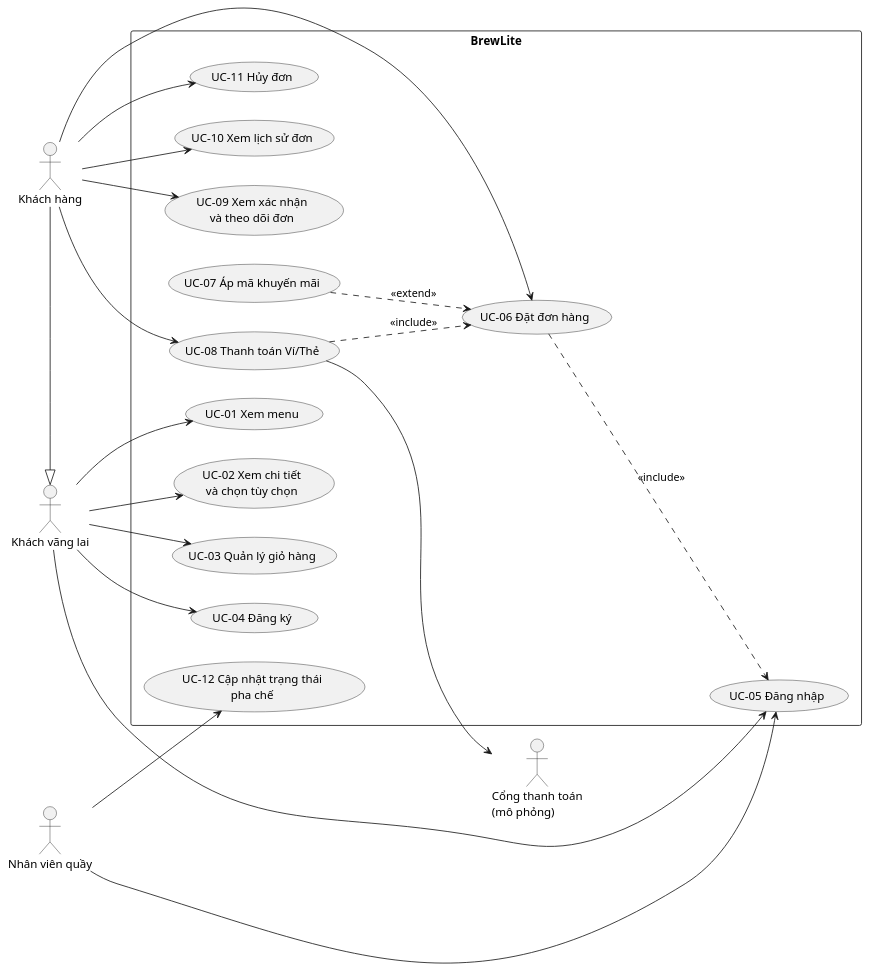
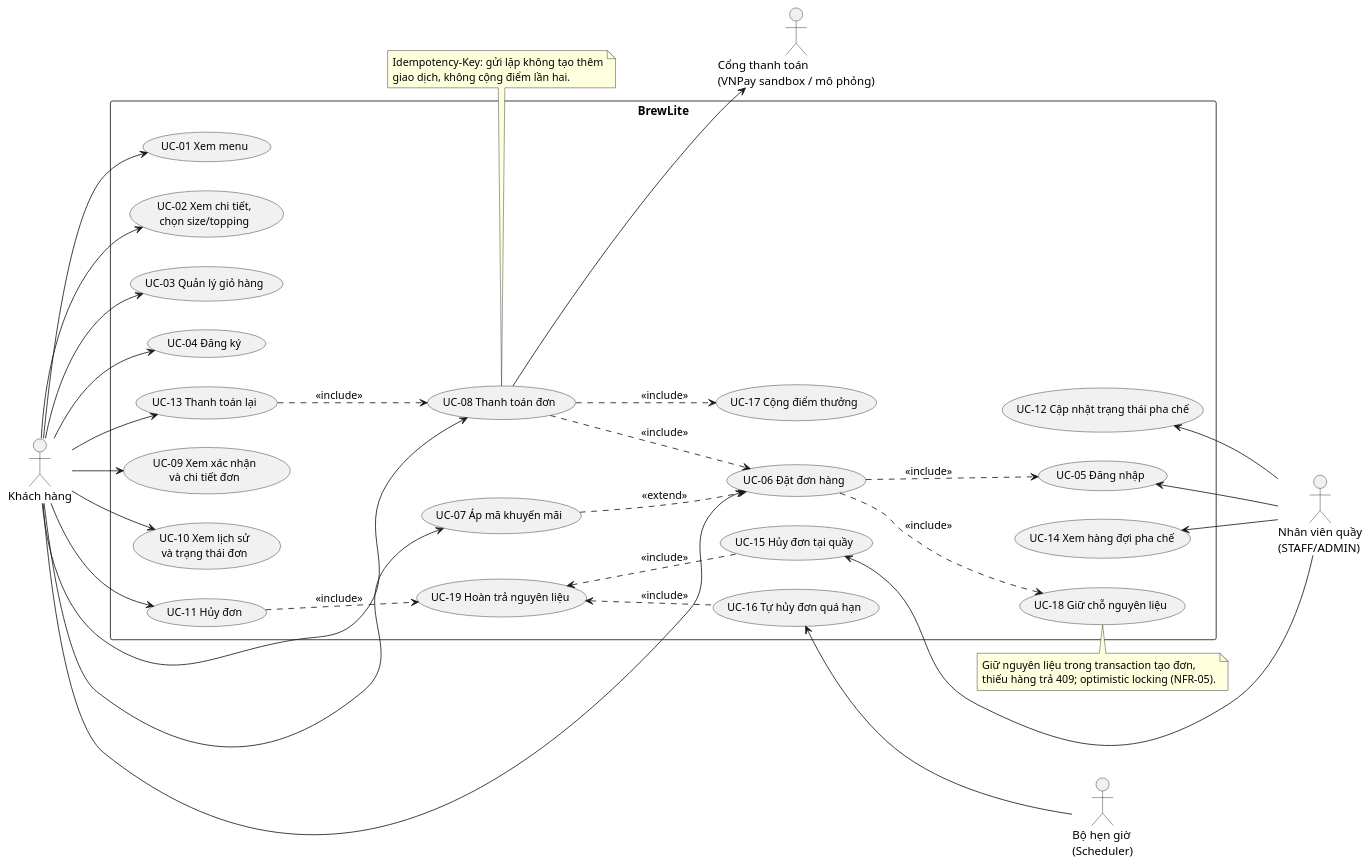
Before and after one commit to dinh-hung-116/BrewLite-Assignment2: the diagram in docs/diagrams/use-case-overview.puml, drawn with PlantUML. The commit also changed 6 other files, not shown here.

First line of the commit message:
docs(requirements): dựng lại use case theo 19 User Story của A1

```diff
--- a/docs/diagrams/use-case-overview.puml
+++ b/docs/diagrams/use-case-overview.puml
@@ -1,44 +1,72 @@
 @startuml use-case-overview
-' Use case tổng quát BrewLite (Task 1.2)
+' Use case tổng quát BrewLite (Task 1.2) – bám 19 User Story của Assignment 1 (mục 4.3)
 left to right direction
-skinparam packageStyle rectangle
 skinparam shadowing false
-actor "Khách vãng lai" as Guest
+skinparam usecaseFontSize 13
 actor "Khách hàng" as Customer
-actor "Nhân viên quầy" as Staff
-actor "Cổng thanh toán\n(mô phỏng)" as Pay
-Customer -|> Guest
+actor "Nhân viên quầy\n(STAFF/ADMIN)" as Staff
+actor "Cổng thanh toán\n(VNPay sandbox / mô phỏng)" as Pay
+actor "Bộ hẹn giờ\n(Scheduler)" as Scheduler
 
 rectangle "BrewLite" {
   usecase "UC-01 Xem menu" as UC01
-  usecase "UC-02 Xem chi tiết\nvà chọn tùy chọn" as UC02
+  usecase "UC-02 Xem chi tiết,\nchọn size/topping" as UC02
   usecase "UC-03 Quản lý giỏ hàng" as UC03
   usecase "UC-04 Đăng ký" as UC04
+  usecase "UC-07 Áp mã khuyến mãi" as UC07
+  usecase "UC-06 Đặt đơn hàng" as UC06
+  usecase "UC-13 Thanh toán lại" as UC13
+  usecase "UC-08 Thanh toán đơn" as UC08
+  usecase "UC-09 Xem xác nhận\nvà chi tiết đơn" as UC09
+  usecase "UC-10 Xem lịch sử\nvà trạng thái đơn" as UC10
+  usecase "UC-11 Hủy đơn" as UC11
   usecase "UC-05 Đăng nhập" as UC05
-  usecase "UC-06 Đặt đơn hàng" as UC06
-  usecase "UC-07 Áp mã khuyến mãi" as UC07
-  usecase "UC-08 Thanh toán Ví/Thẻ" as UC08
-  usecase "UC-09 Xem xác nhận\nvà theo dõi đơn" as UC09
-  usecase "UC-10 Xem lịch sử đơn" as UC10
-  usecase "UC-11 Hủy đơn" as UC11
-  usecase "UC-12 Cập nhật trạng thái\npha chế" as UC12
+  usecase "UC-17 Cộng điểm thưởng" as UC17
+  usecase "UC-18 Giữ chỗ nguyên liệu" as UC18
+  usecase "UC-19 Hoàn trả nguyên liệu" as UC19
+  usecase "UC-14 Xem hàng đợi pha chế" as UC14
+  usecase "UC-12 Cập nhật trạng thái pha chế" as UC12
+  usecase "UC-15 Hủy đơn tại quầy" as UC15
+  usecase "UC-16 Tự hủy đơn quá hạn" as UC16
 }
 
-Guest --> UC01
-Guest --> UC02
-Guest --> UC03
-Guest --> UC04
-Guest --> UC05
+Customer --> UC01
+Customer --> UC02
+Customer --> UC03
+Customer --> UC04
+Customer --> UC07
 Customer --> UC06
+Customer --> UC13
 Customer --> UC08
 Customer --> UC09
 Customer --> UC10
 Customer --> UC11
-Staff --> UC05
-Staff --> UC12
+
+UC07 ..> UC06 : <<extend>>
+UC13 ..> UC08 : <<include>>
+UC06 ..> UC05 : <<include>>
+UC06 ..> UC18 : <<include>>
+UC08 ..> UC06 : <<include>>
+UC08 ..> UC17 : <<include>>
+UC11 ..> UC19 : <<include>>
+UC19 <.. UC15 : <<include>>
+UC19 <.. UC16 : <<include>>
+
+UC06 -[hidden]-> UC14
+UC06 -[hidden]-> UC12
 UC08 --> Pay
+UC05 <-- Staff
+UC14 <-- Staff
+UC12 <-- Staff
+UC15 <-- Staff
+UC16 <-- Scheduler
 
-UC06 ..> UC05 : <<include>>
-UC07 ..> UC06 : <<extend>>
-UC08 ..> UC06 : <<include>>
+note top of UC18
+  Giữ nguyên liệu trong transaction tạo đơn,
+  thiếu hàng trả 409; optimistic locking (NFR-05).
+end note
+note top of UC08
+  Idempotency-Key: gửi lặp không tạo thêm
+  giao dịch, không cộng điểm lần hai.
+end note
 @enduml
```
